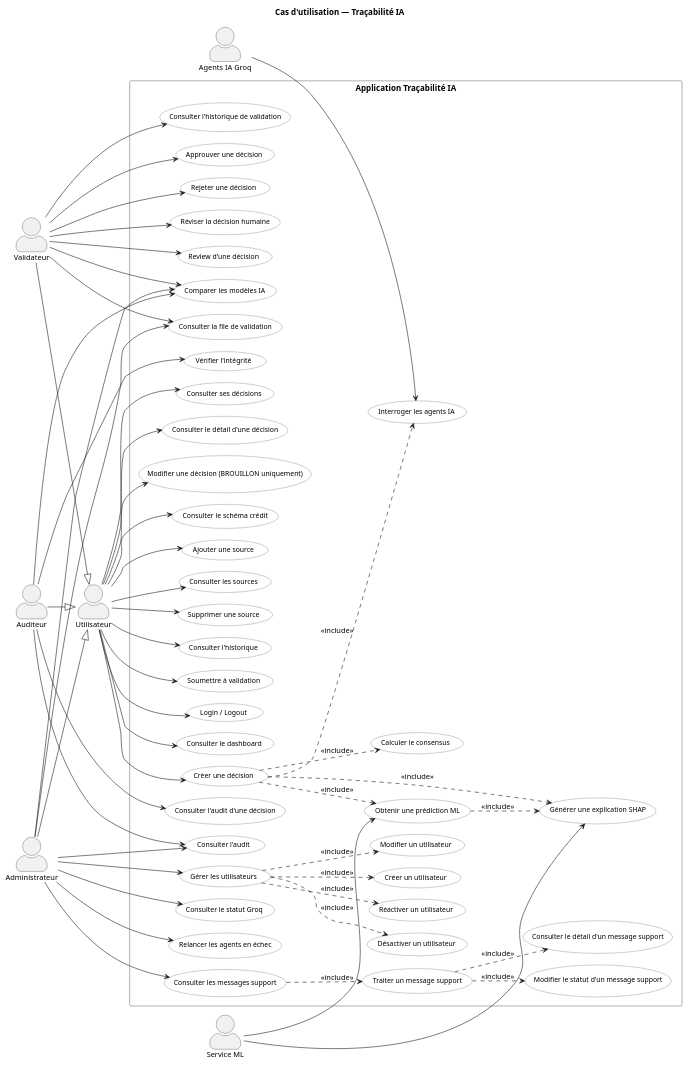
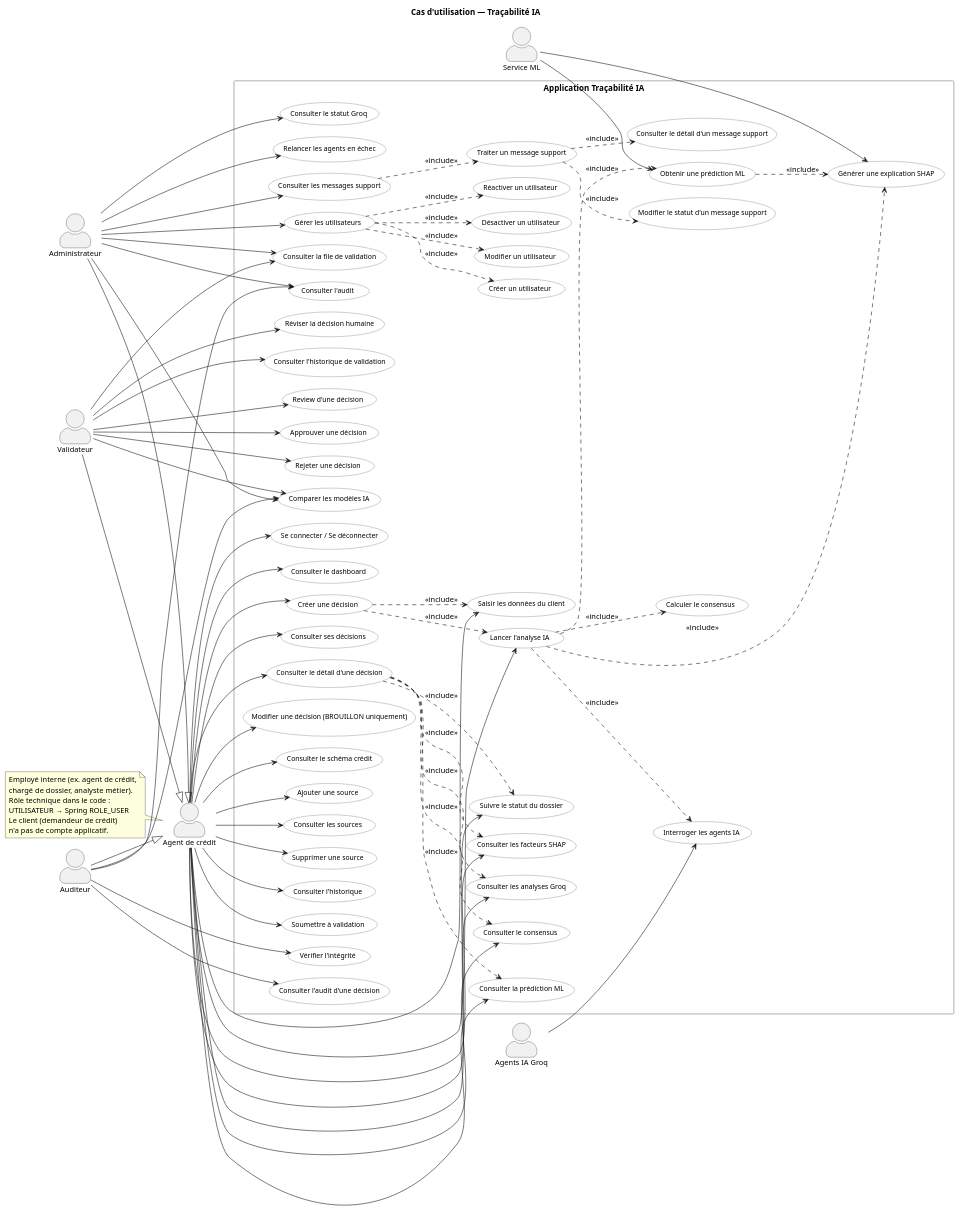
The diagram in docs/uml/use-case.puml (Yahyafl3/tracabilite-ia), drawn with PlantUML before and after one commit. The commit also changed 22 other files, not shown here.

Commit message:
fix(roles): clarify USER as internal credit agent

```diff
--- a/docs/uml/use-case.puml
+++ b/docs/uml/use-case.puml
@@ -1,141 +1,171 @@
 @startuml use-case-tracabilite-ia
 left to right direction
 skinparam shadowing false
 skinparam packageStyle rectangle
 skinparam actorStyle awesome
 skinparam nodesep 20
 skinparam ranksep 30
 
 skinparam usecase {
   BackgroundColor #FFFFFF
   BorderColor #4B5563
   FontName Arial
   FontSize 12
 }
 skinparam actor {
   BorderColor #111827
   FontName Arial
   FontSize 13
 }
 skinparam rectangle {
   BackgroundColor #FFFFFF
   BorderColor #6B7280
   FontStyle bold
   FontSize 14
 }
 
 title Cas d'utilisation — Traçabilité IA
 
-actor "Utilisateur" as User
+actor "Agent de crédit" as User
 actor "Validateur" as Validator
 actor "Auditeur" as Auditor
 actor "Administrateur" as Admin
 actor "Service ML" as ML
 actor "Agents IA Groq" as Groq
 
+note left of User
+  Employé interne (ex. agent de crédit,
+  chargé de dossier, analyste métier).
+  Rôle technique dans le code :
+  UTILISATEUR → Spring ROLE_USER
+  Le client (demandeur de crédit)
+  n'a pas de compte applicatif.
+end note
+
 Validator --|> User
 Auditor --|> User
 Admin --|> User
 
 rectangle "Application Traçabilité IA" {
-  usecase "Login / Logout" as UC_Login
+  usecase "Se connecter / Se déconnecter" as UC_Login
   usecase "Consulter le dashboard" as UC_Dashboard
   usecase "Créer une décision" as UC_Create
+  usecase "Saisir les données du client" as UC_ClientData
   usecase "Consulter ses décisions" as UC_List
   usecase "Consulter le détail d'une décision" as UC_Detail
   usecase "Modifier une décision (BROUILLON uniquement)" as UC_Update
   usecase "Consulter le schéma crédit" as UC_Schema
   usecase "Ajouter une source" as UC_AddSource
   usecase "Consulter les sources" as UC_ListSources
   usecase "Supprimer une source" as UC_DelSource
   usecase "Consulter l'historique" as UC_History
   usecase "Soumettre à validation" as UC_Submit
+  usecase "Suivre le statut du dossier" as UC_Status
+  usecase "Lancer l'analyse IA" as UC_Analyze
+  usecase "Consulter la prédiction ML" as UC_ViewML
+  usecase "Consulter les facteurs SHAP" as UC_ViewSHAP
+  usecase "Consulter les analyses Groq" as UC_ViewAgents
+  usecase "Consulter le consensus" as UC_ViewConsensus
   usecase "Obtenir une prédiction ML" as UC_ML
   usecase "Générer une explication SHAP" as UC_SHAP
   usecase "Interroger les agents IA" as UC_Agents
   usecase "Calculer le consensus" as UC_Consensus
   usecase "Consulter la file de validation" as UC_Pending
   usecase "Approuver une décision" as UC_Approve
   usecase "Rejeter une décision" as UC_Reject
   usecase "Réviser la décision humaine" as UC_Modify
   usecase "Review d'une décision" as UC_Review
   usecase "Consulter l'historique de validation" as UC_ValHistory
   usecase "Comparer les modèles IA" as UC_Compare
   usecase "Consulter l'audit" as UC_Audit
   usecase "Consulter l'audit d'une décision" as UC_AuditDetail
   usecase "Vérifier l'intégrité" as UC_Integrity
   usecase "Gérer les utilisateurs" as UC_Users
   usecase "Créer un utilisateur" as UC_CreateUser
   usecase "Modifier un utilisateur" as UC_UpdateUser
   usecase "Désactiver un utilisateur" as UC_DeactivateUser
   usecase "Réactiver un utilisateur" as UC_ReactivateUser
   usecase "Consulter le statut Groq" as UC_GroqStatus
   usecase "Relancer les agents en échec" as UC_RetryAgents
   usecase "Consulter les messages support" as UC_SupportList
   usecase "Consulter le détail d'un message support" as UC_SupportDetail
   usecase "Traiter un message support" as UC_SupportTreat
   usecase "Modifier le statut d'un message support" as UC_SupportStatus
 }
 
-' --- Utilisateur ---
+' --- Agent de crédit (UTILISATEUR / ROLE_USER) ---
 User --> UC_Login
 User --> UC_Dashboard
 User --> UC_Create
+User --> UC_ClientData
 User --> UC_List
 User --> UC_Detail
 User --> UC_Update
 User --> UC_Schema
 User --> UC_AddSource
 User --> UC_ListSources
 User --> UC_DelSource
 User --> UC_History
 User --> UC_Submit
+User --> UC_Status
+User --> UC_Analyze
+User --> UC_ViewML
+User --> UC_ViewSHAP
+User --> UC_ViewAgents
+User --> UC_ViewConsensus
 
 ' --- Validateur ---
 Validator --> UC_Pending
 Validator --> UC_Approve
 Validator --> UC_Reject
 Validator --> UC_Modify
 Validator --> UC_Review
 Validator --> UC_ValHistory
 Validator --> UC_Compare
 
 ' --- Auditeur ---
 Auditor --> UC_Audit
 Auditor --> UC_AuditDetail
 Auditor --> UC_Integrity
 Auditor --> UC_Compare
 
 ' --- Administrateur (spécifique) ---
 Admin --> UC_Users
 Admin --> UC_GroqStatus
 Admin --> UC_RetryAgents
 Admin --> UC_SupportList
 Admin --> UC_Audit
 Admin --> UC_Compare
 Admin --> UC_Pending
 
 ' --- Acteurs système ---
 ML --> UC_ML
 ML --> UC_SHAP
 Groq --> UC_Agents
 
 ' --- Includes création ---
-UC_Create ..> UC_ML : <<include>>
-UC_Create ..> UC_SHAP : <<include>>
-UC_Create ..> UC_Agents : <<include>>
-UC_Create ..> UC_Consensus : <<include>>
+UC_Create ..> UC_ClientData : <<include>>
+UC_Create ..> UC_Analyze : <<include>>
+UC_Analyze ..> UC_ML : <<include>>
+UC_Analyze ..> UC_SHAP : <<include>>
+UC_Analyze ..> UC_Agents : <<include>>
+UC_Analyze ..> UC_Consensus : <<include>>
 UC_ML ..> UC_SHAP : <<include>>
+UC_Detail ..> UC_ViewML : <<include>>
+UC_Detail ..> UC_ViewSHAP : <<include>>
+UC_Detail ..> UC_ViewAgents : <<include>>
+UC_Detail ..> UC_ViewConsensus : <<include>>
+UC_Detail ..> UC_Status : <<include>>
 
 ' --- Includes gestion utilisateurs ---
 UC_Users ..> UC_CreateUser : <<include>>
 UC_Users ..> UC_UpdateUser : <<include>>
 UC_Users ..> UC_DeactivateUser : <<include>>
 UC_Users ..> UC_ReactivateUser : <<include>>
 
 ' --- Includes support admin ---
 UC_SupportTreat ..> UC_SupportDetail : <<include>>
 UC_SupportTreat ..> UC_SupportStatus : <<include>>
 UC_SupportList ..> UC_SupportTreat : <<include>>
 
 @enduml
```
